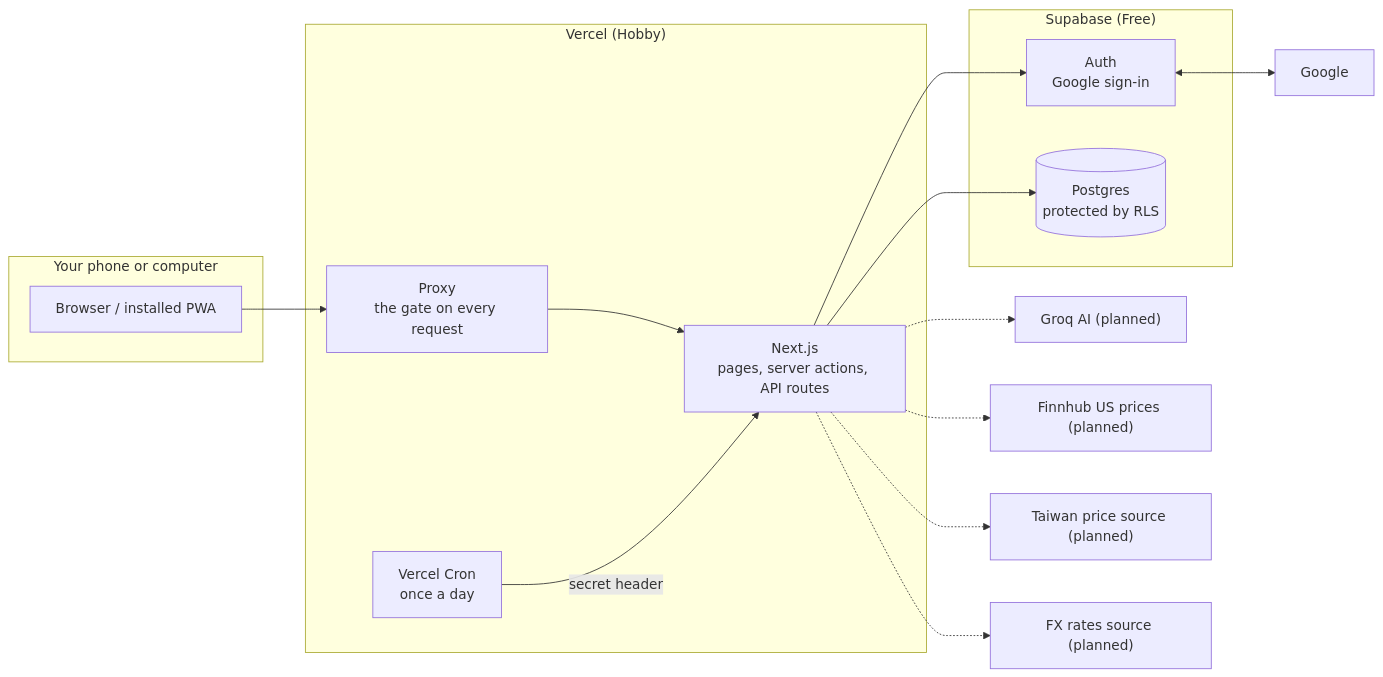
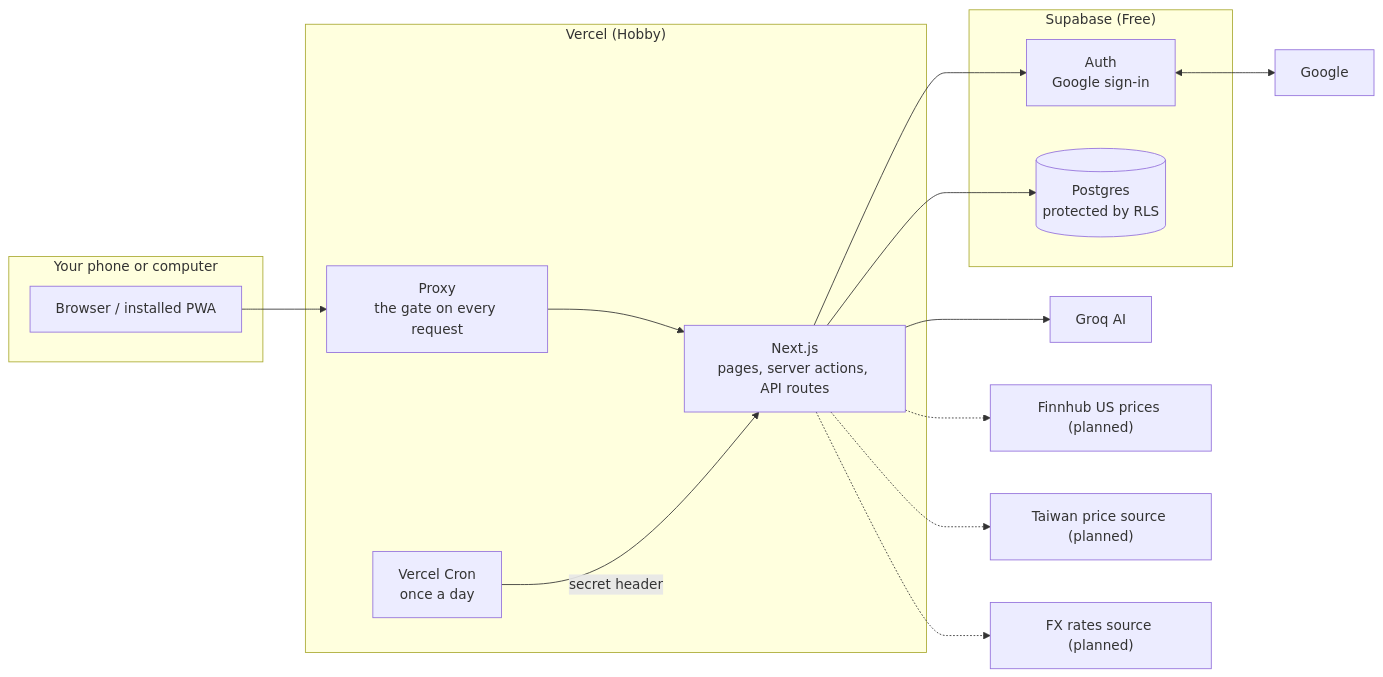
Before and after one commit to Linus7577/MyScheduleManager: the diagram in docs/ARCHITECTURE.md, drawn with Mermaid. The commit also changed other lines of this file and 40 other files, not shown here.

````diff
--- a/docs/ARCHITECTURE.md
+++ b/docs/ARCHITECTURE.md
@@ -9,33 +9,33 @@
 ```mermaid
 flowchart LR
   subgraph Device["Your phone or computer"]
     PWA["Browser / installed PWA"]
   end
 
   subgraph Vercel["Vercel (Hobby)"]
     Proxy["Proxy<br/>the gate on every request"]
     App["Next.js<br/>pages, server actions, API routes"]
     Cron["Vercel Cron<br/>once a day"]
   end
 
   subgraph Supabase["Supabase (Free)"]
     Auth["Auth<br/>Google sign-in"]
     DB[("Postgres<br/>protected by RLS")]
   end
 
   Google["Google"]
-  Groq["Groq AI (planned)"]
+  Groq["Groq AI"]
   Finnhub["Finnhub US prices (planned)"]
   TW["Taiwan price source (planned)"]
   FX["FX rates source (planned)"]
 
   PWA --> Proxy --> App
   App --> Auth
   App --> DB
   Auth <--> Google
   Cron -->|"secret header"| App
-  App -.-> Groq
+  App --> Groq
   App -.-> Finnhub
   App -.-> TW
   App -.-> FX
 ```
````
